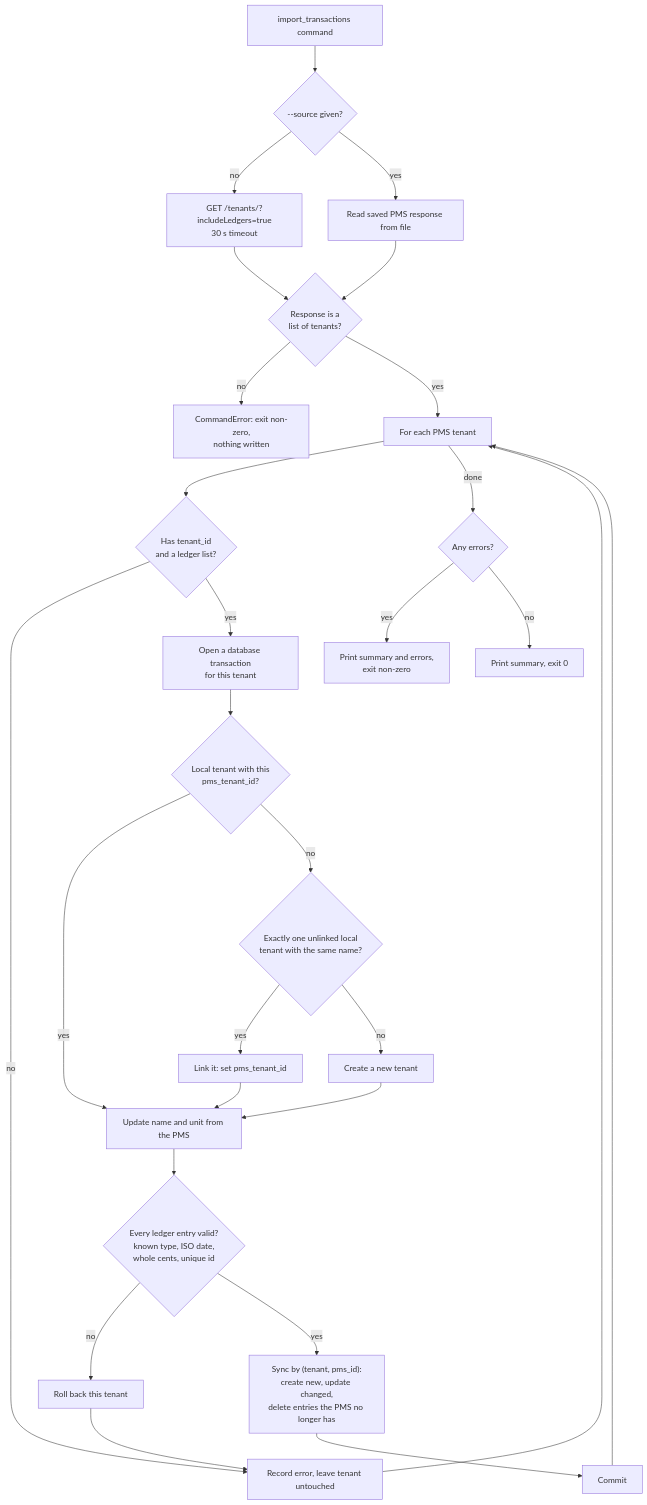
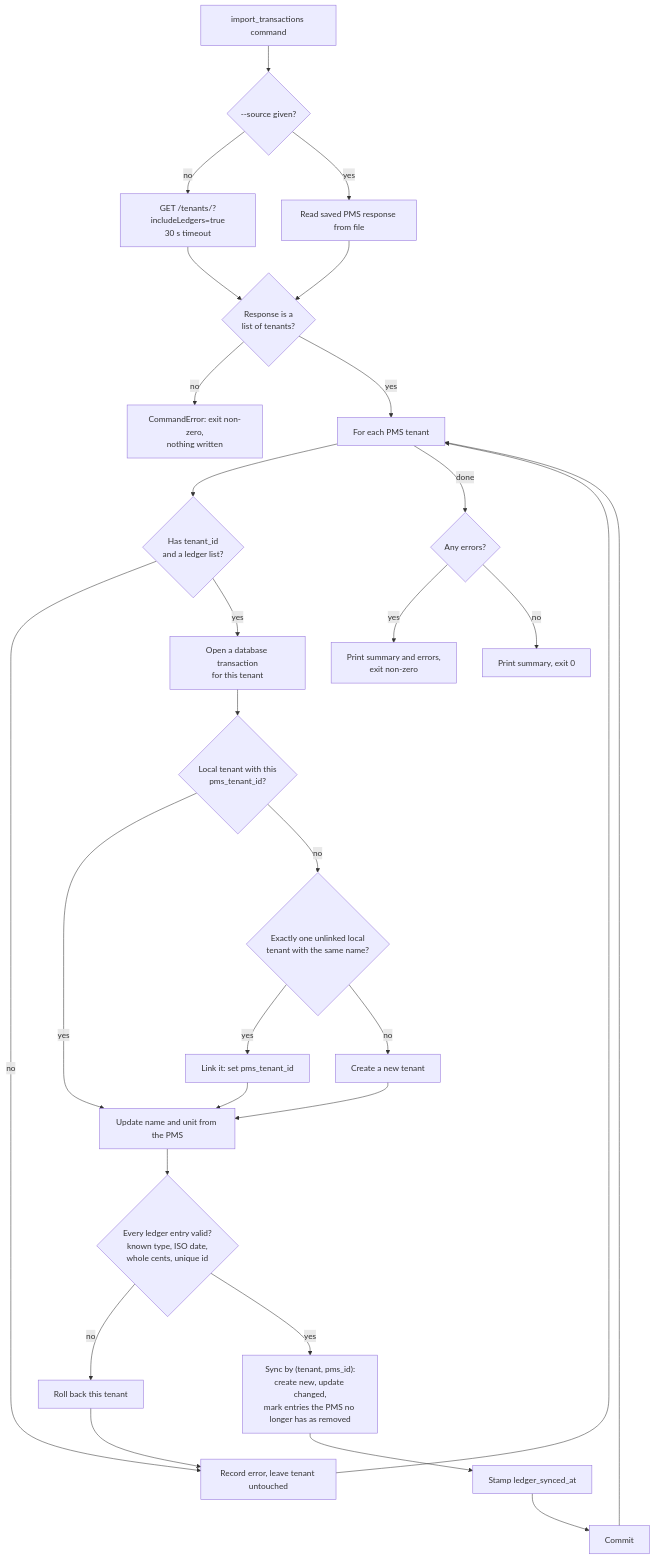
One commit to codybanksdev/rentable-code-challenge changed the first of 3 diagrams in docs/flow.md. Above: the diagram before and after it, drawn with Mermaid. The commit also changed other lines of this file and 41 other files, not shown here.

````diff
--- a/docs/flow.md
+++ b/docs/flow.md
@@ -11,27 +11,28 @@
 ```mermaid
 flowchart TD
     A[import_transactions command] --> B{--source given?}
     B -- no --> C["GET /tenants/?includeLedgers=true<br/>30 s timeout"]
     B -- yes --> D[Read saved PMS response from file]
     C --> E{Response is a<br/>list of tenants?}
     D --> E
     E -- no --> X[CommandError: exit non-zero,<br/>nothing written]
     E -- yes --> F[For each PMS tenant]
     F --> G{Has tenant_id<br/>and a ledger list?}
     G -- no --> R[Record error, leave tenant untouched]
     G -- yes --> H[Open a database transaction<br/>for this tenant]
     H --> I{Local tenant with this<br/>pms_tenant_id?}
     I -- yes --> L[Update name and unit from the PMS]
     I -- no --> J{Exactly one unlinked local<br/>tenant with the same name?}
     J -- yes --> K[Link it: set pms_tenant_id] --> L
     J -- no --> M[Create a new tenant] --> L
     L --> N{Every ledger entry valid?<br/>known type, ISO date,<br/>whole cents, unique id}
     N -- no --> O[Roll back this tenant] --> R
-    N -- yes --> P["Sync by (tenant, pms_id):<br/>create new, update changed,<br/>delete entries the PMS no longer has"]
-    P --> Q[Commit]
+    N -- yes --> P["Sync by (tenant, pms_id):<br/>create new, update changed,<br/>mark entries the PMS no longer has as removed"]
+    P --> P2[Stamp ledger_synced_at]
+    P2 --> Q[Commit]
     Q --> F
     R --> F
     F -- done --> S{Any errors?}
     S -- yes --> X2[Print summary and errors,<br/>exit non-zero]
     S -- no --> T[Print summary, exit 0]
 ```
````
